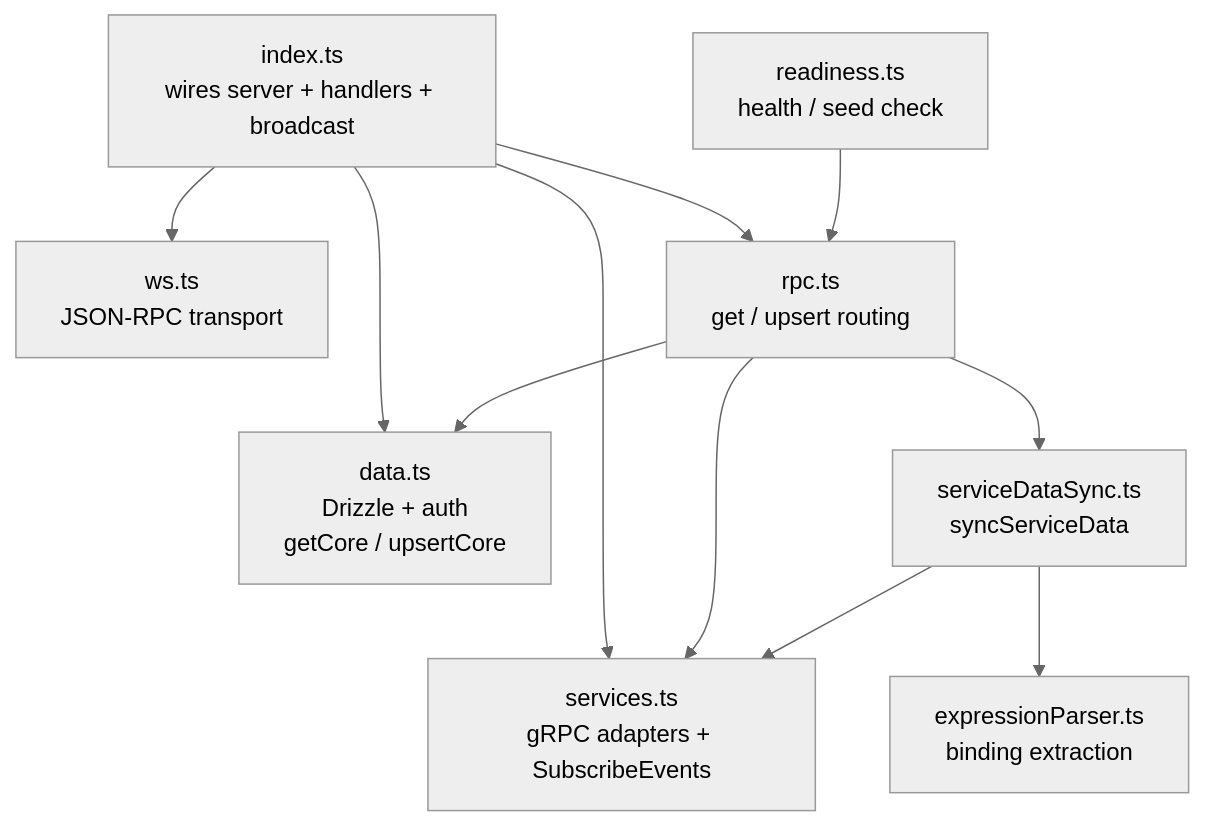
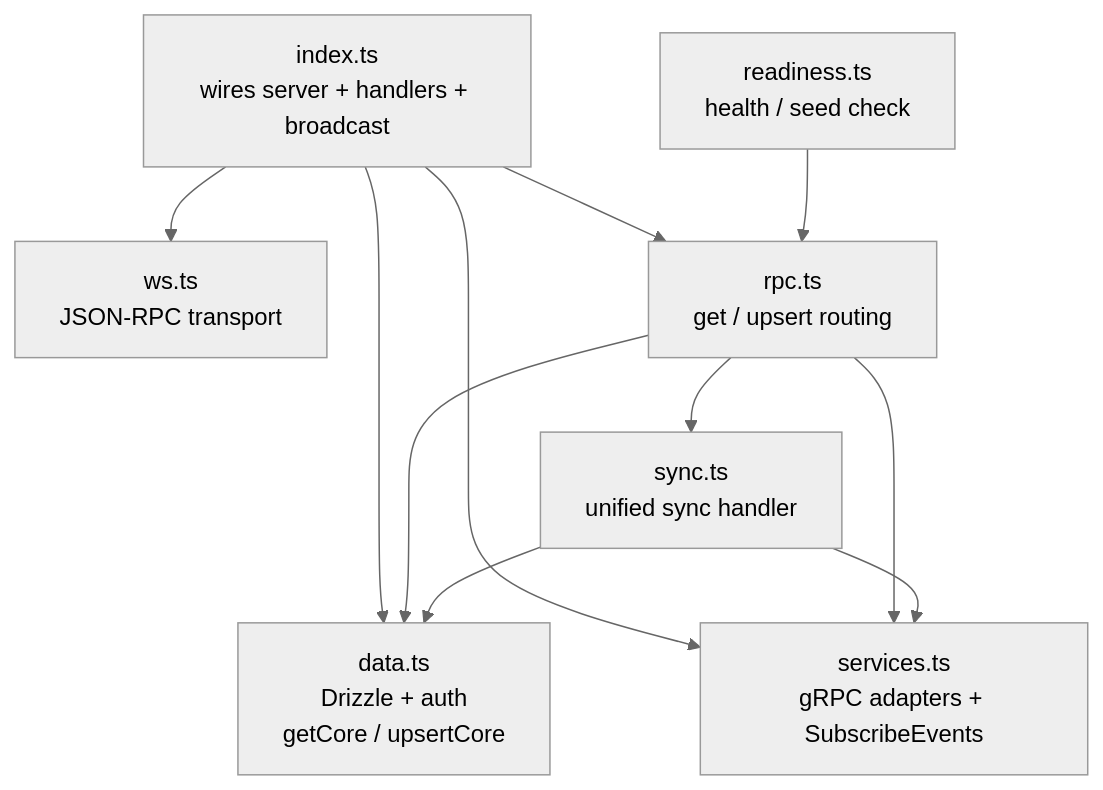
The third of 3 diagrams in api/README.md (EVY-Platform/evy), drawn with Mermaid (neutral theme) before and after one commit. The commit also changed other lines of this file and 153 other files, not shown here.

````diff
--- a/api/README.md
+++ b/api/README.md
@@ -96,22 +96,21 @@
 ```mermaid
 flowchart TD
     index[index.ts<br/>wires server + handlers + broadcast]
     ws[ws.ts<br/>JSON-RPC transport]
     rpc[rpc.ts<br/>get / upsert routing]
     data[data.ts<br/>Drizzle + auth<br/>getCore / upsertCore]
     services[services.ts<br/>gRPC adapters + SubscribeEvents]
-    serviceDataSync[serviceDataSync.ts<br/>syncServiceData]
-    expressionParser[expressionParser.ts<br/>binding extraction]
+    sync[sync.ts<br/>unified sync handler]
     readiness[readiness.ts<br/>health / seed check]
 
     index --> ws
     index --> rpc
     index --> data
     index --> services
     rpc --> data
     rpc --> services
-    rpc --> serviceDataSync
-    serviceDataSync --> services
-    serviceDataSync --> expressionParser
+    rpc --> sync
+    sync --> data
+    sync --> services
     readiness --> rpc
 ```
````
